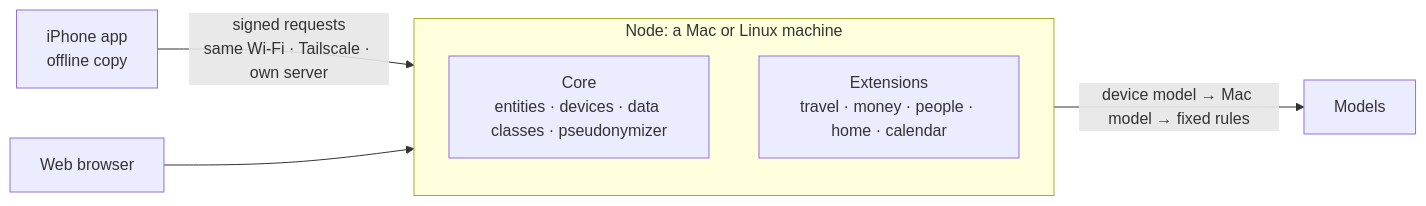
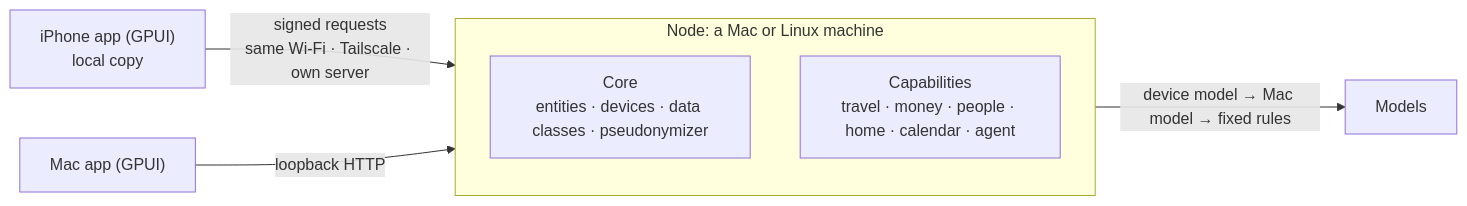
Before and after one commit to larsboes/Sjel: the diagram in README.md, drawn with Mermaid. The commit also changed other lines of this file, not shown here.

First line of the commit message:
README: describe the move to one native GPUI app and drop the web demo

````diff
--- a/README.md
+++ b/README.md
@@ -83,10 +95,10 @@
 ```mermaid
 flowchart LR
-  phone["iPhone app<br/>offline copy"] -- "signed requests<br/>same Wi-Fi · Tailscale · own server" --> node
-  web["Web browser"] --> node
+  phone["iPhone app (GPUI)<br/>local copy"] -- "signed requests<br/>same Wi-Fi · Tailscale · own server" --> node
+  mac["Mac app (GPUI)"] -- "loopback HTTP" --> node
   subgraph node["Node: a Mac or Linux machine"]
     core["Core<br/>entities · devices · data classes · pseudonymizer"]
-    ext["Extensions<br/>travel · money · people · home · calendar"]
+    ext["Capabilities<br/>travel · money · people · home · calendar · agent"]
   end
   node -- "device model → Mac model → fixed rules" --> models["Models"]
 ```
````
